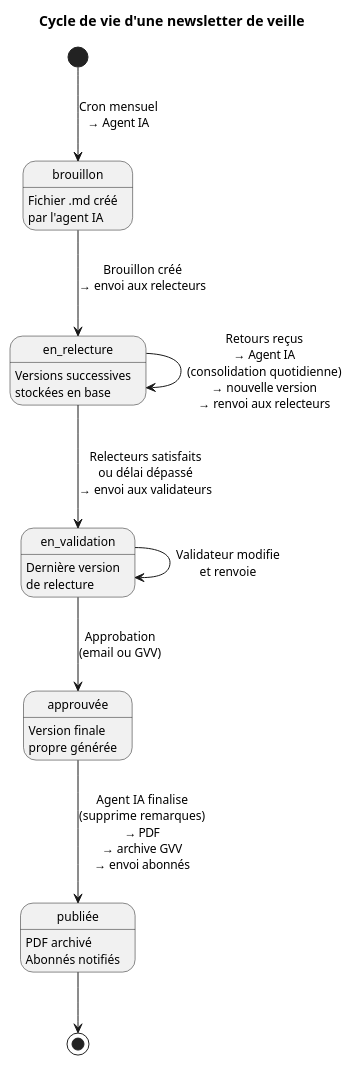
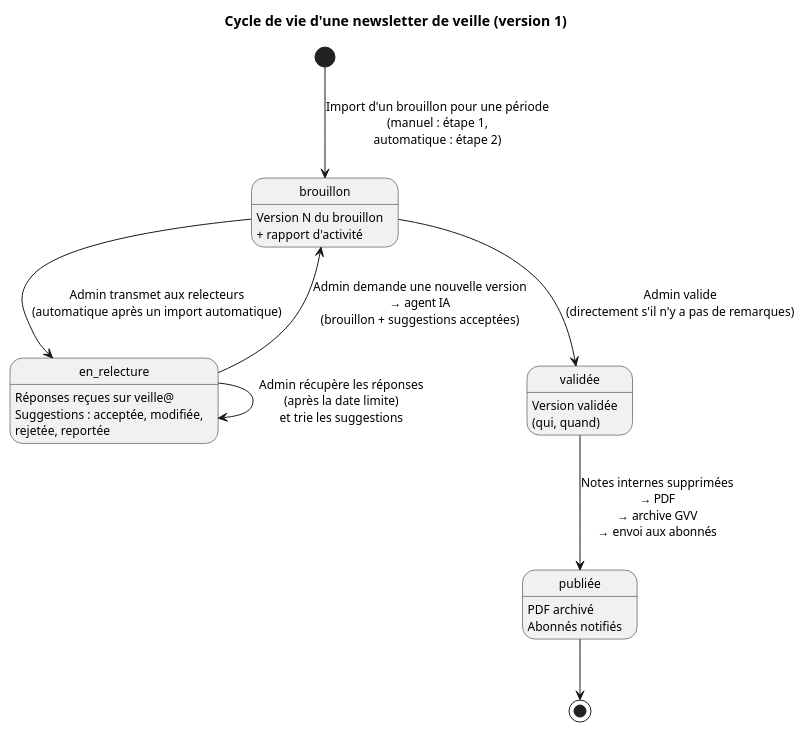
One commit to flub78/gvv changed the diagram in doc/design_notes/diagrams/veille_workflow.puml. Above: the diagram before and after it, drawn with PlantUML. The commit also changed 11 other files, not shown here.

First line of the commit message:
Veille : agent sur le serveur piloté par GVV, cycle de relecture admin

```diff
--- a/doc/design_notes/diagrams/veille_workflow.puml
+++ b/doc/design_notes/diagrams/veille_workflow.puml
@@ -1,29 +1,26 @@
 @startuml veille_workflow
 skinparam backgroundColor white
 skinparam defaultFontSize 12
 
-title Cycle de vie d'une newsletter de veille
+title Cycle de vie d'une newsletter de veille (version 1)
 
-[*] --> brouillon : Cron mensuel\n→ Agent IA
+[*] --> brouillon : Import d'un brouillon pour une période\n(manuel : étape 1,\nautomatique : étape 2)
 
-brouillon --> en_relecture : Brouillon créé\n→ envoi aux relecteurs
+brouillon --> en_relecture : Admin transmet aux relecteurs\n(automatique après un import automatique)
 
-en_relecture --> en_relecture : Retours reçus\n→ Agent IA\n(consolidation quotidienne)\n→ nouvelle version\n→ renvoi aux relecteurs
+en_relecture --> en_relecture : Admin récupère les réponses\n(après la date limite)\net trie les suggestions
 
-en_relecture --> en_validation : Relecteurs satisfaits\nou délai dépassé\n→ envoi aux validateurs
+en_relecture --> brouillon : Admin demande une nouvelle version\n→ agent IA\n(brouillon + suggestions acceptées)
 
-en_validation --> en_validation : Validateur modifie\net renvoie
+brouillon --> validée : Admin valide\n(directement s'il n'y a pas de remarques)
 
-en_validation --> approuvée : Approbation\n(email ou GVV)
-
-approuvée --> publiée : Agent IA finalise\n(supprime remarques)\n→ PDF\n→ archive GVV\n→ envoi abonnés
+validée --> publiée : Notes internes supprimées\n→ PDF\n→ archive GVV\n→ envoi aux abonnés
 
 publiée --> [*]
 
-state brouillon : Fichier .md créé\npar l'agent IA
-state en_relecture : Versions successives\nstockées en base
-state en_validation : Dernière version\nde relecture
-state approuvée : Version finale\npropre générée
+state brouillon : Version N du brouillon\n+ rapport d'activité
+state en_relecture : Réponses reçues sur veille@\nSuggestions : acceptée, modifiée,\nrejetée, reportée
+state validée : Version validée\n(qui, quand)
 state publiée : PDF archivé\nAbonnés notifiés
 
 @enduml
```
